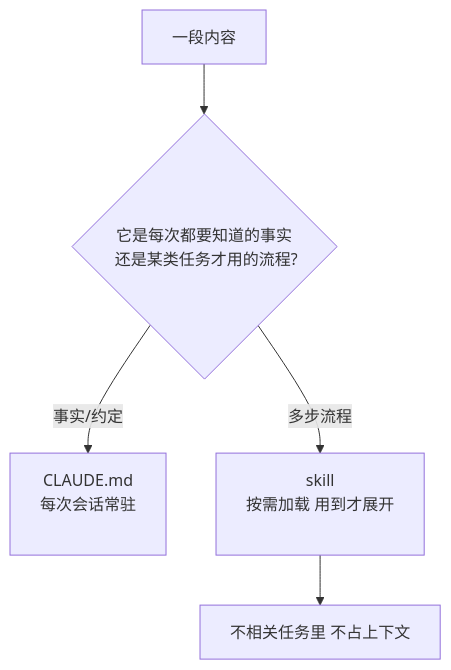
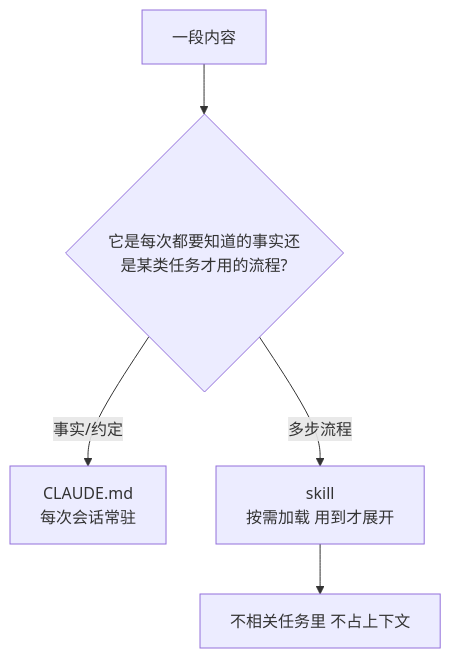
Before and after one commit to XuebinMa/AIWiki: the diagram in docs/00-setup-collaboration/process-in-claudemd-not-skill.mdx, drawn with Mermaid. The commit also changed 99 other files, not shown here.

First line of the commit message:
fix(mermaid): 全局根治节点文字裁切（htmlLabels:false + 清理 br/nbsp 占位）(#26)

````diff
--- a/docs/00-setup-collaboration/process-in-claudemd-not-skill.mdx
+++ b/docs/00-setup-collaboration/process-in-claudemd-not-skill.mdx
@@ -60,7 +60,7 @@
 ```mermaid
 flowchart TD
-    A[一段内容] --> B{它是每次都要知道的事实<br/>&nbsp;还是某类任务才用的流程?}
-    B -->|事实/约定| C[CLAUDE.md<br/>每次会话常驻<br/>&nbsp;]
-    B -->|多步流程| D[skill<br/>按需加载 用到才展开<br/>&nbsp;]
+    A[一段内容] --> B{它是每次都要知道的事实还是某类任务才用的流程?}
+    B -->|事实/约定| C[CLAUDE.md<br/>每次会话常驻]
+    B -->|多步流程| D[skill<br/>按需加载 用到才展开]
     D --> E[不相关任务里 不占上下文]
 ```
````
